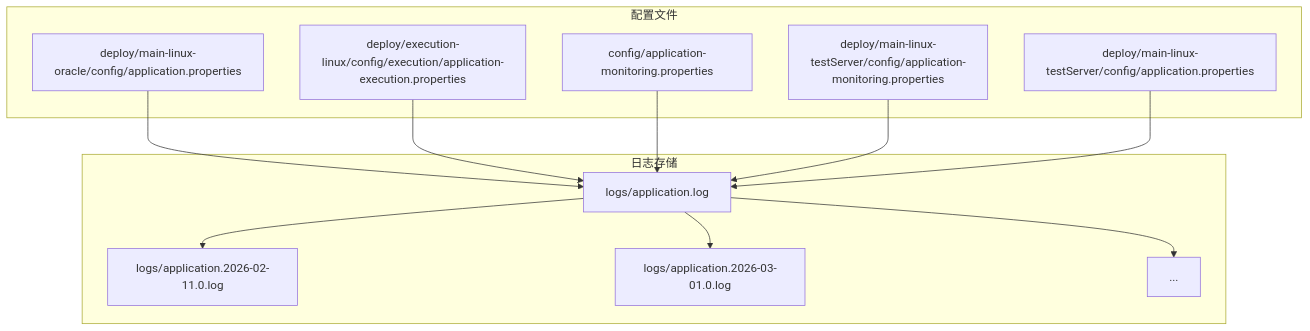
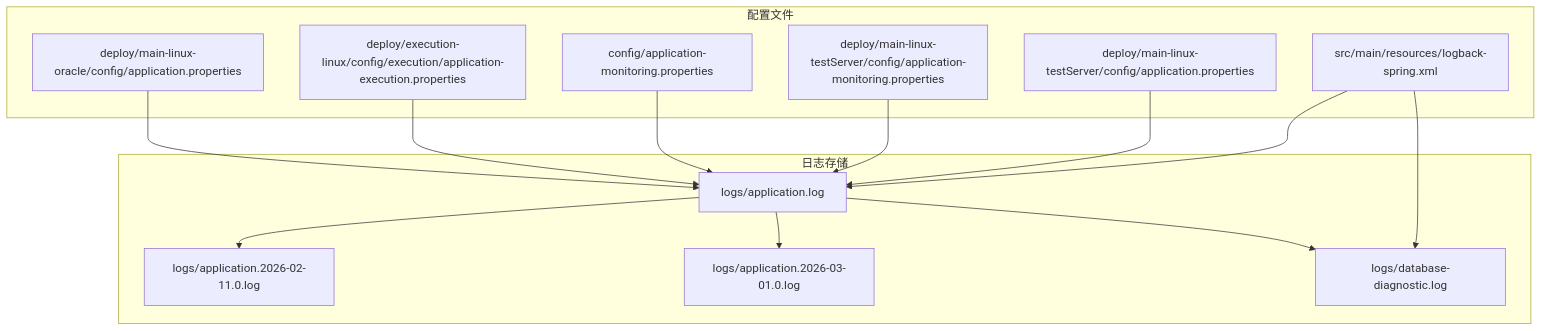
One commit to liuzh2008/med_ai_assistant_workspace changed the first of 12 diagrams in .qoder/repowiki/zh/content/监控运维/日志管理.md. Above: the diagram before and after it, drawn with Mermaid. The commit also changed other lines of this file and 9 other files, not shown here.

````diff
--- a/.qoder/repowiki/zh/content/监控运维/日志管理.md
+++ b/.qoder/repowiki/zh/content/监控运维/日志管理.md
@@ -42,24 +46,27 @@
 ```mermaid
 graph TB
 subgraph "日志存储"
 L0["logs/application.log"]
 L1["logs/application.2026-02-11.0.log"]
 L2["logs/application.2026-03-01.0.log"]
-L3["..."]
+L3["logs/database-diagnostic.log"]
 end
 subgraph "配置文件"
 P1["deploy/main-linux-oracle/config/application.properties"]
 P2["deploy/execution-linux/config/execution/application-execution.properties"]
 M1["config/application-monitoring.properties"]
 M2["deploy/main-linux-testServer/config/application-monitoring.properties"]
 P3["deploy/main-linux-testServer/config/application.properties"]
+LB["src/main/resources/logback-spring.xml"]
 end
 P1 --> L0
 P2 --> L0
 M1 --> L0
 M2 --> L0
 P3 --> L0
+LB --> L0
+LB --> L3
 L0 --> L1
 L0 --> L2
 L0 --> L3
 ```
````
